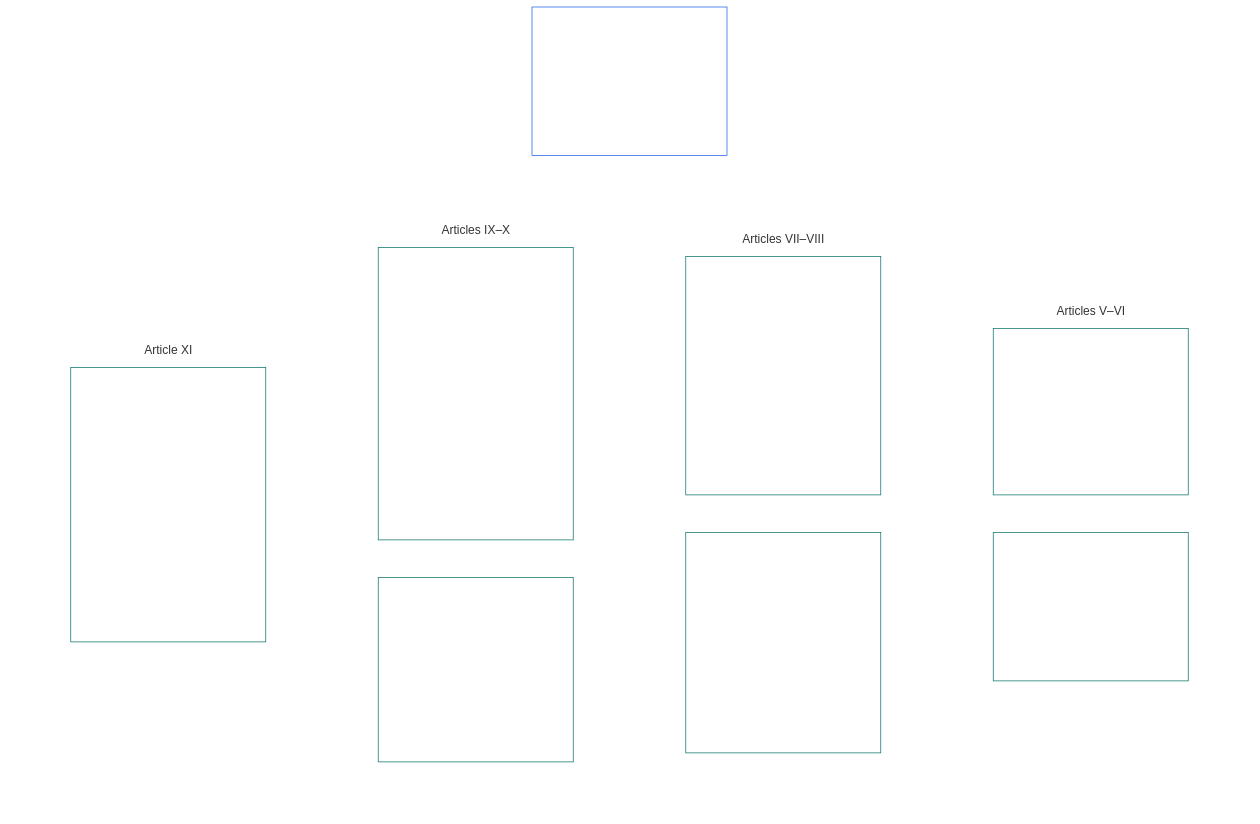
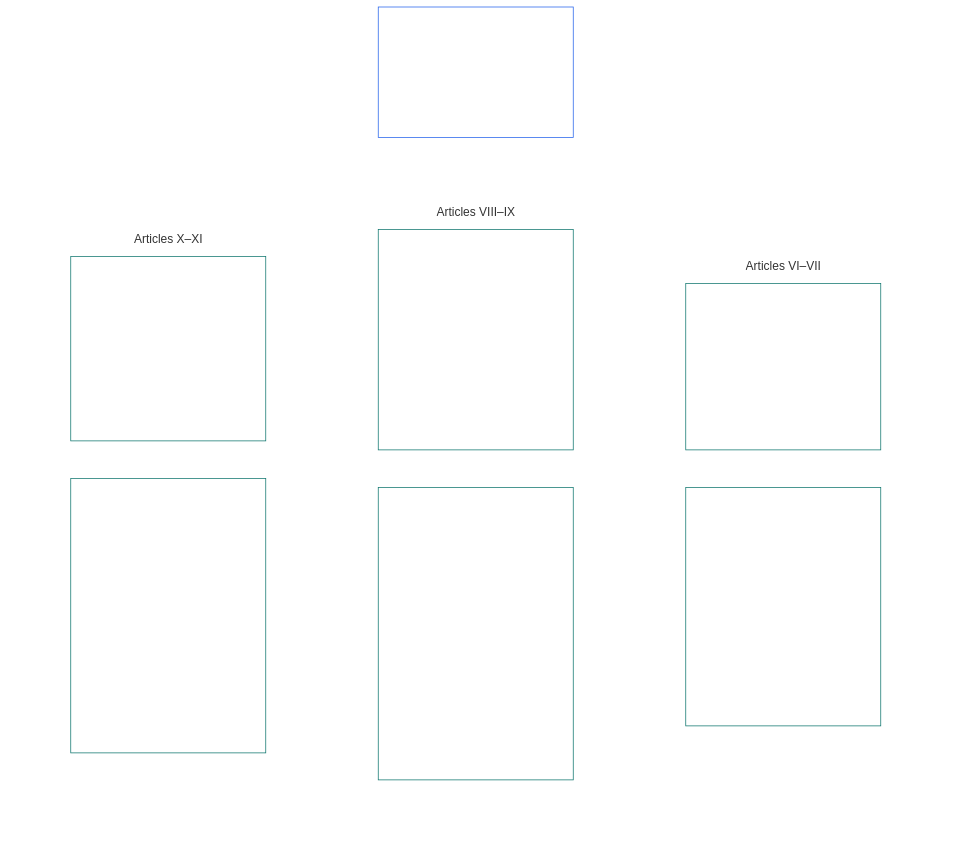
The sixth of 21 diagrams in guides/CONCEPTUAL_OVERVIEW.md (kfoelsch/Sentient_Constitution), drawn with Mermaid before and after one commit. The commit also changed other lines of this file and 163 other files, not shown here.

````diff
--- a/guides/CONCEPTUAL_OVERVIEW.md
+++ b/guides/CONCEPTUAL_OVERVIEW.md
@@ -260,40 +266,34 @@
 ```mermaid
 flowchart TB
-    B0["Part B<br/><br/>Personhood, education capability, agency,<br/>cooperation, and stakeholder system participation"]
+    B0["Part B<br/><br/>Personhood, agency, cooperation,<br/>and stakeholder system participation"]
     subgraph Bgrid[" "]
         direction TB
-        subgraph Brow1["Articles V–VI"]
+        subgraph Brow1["Articles VI–VII"]
             direction LR
-            B1["Article V · Equal Basic Rights<br/><br/>• Dignity and equal standing<br/>• Sentience-status adjudication<br/>• Nondiscrimination<br/>• Accessibility"]
-            B2["Article VI · Sentient-Centered Education<br/><br/>• Capability-building education<br/>• Lifelong adaptive learning<br/>• Contestability"]
+            B1["Article VI · Equal Basic Rights<br/><br/>• Dignity and equal standing<br/>• Sentience-status adjudication<br/>• Nondiscrimination<br/>• Accessibility"]
+            B2["Article VII · Self-Ownership<br/><br/>• Body and mind<br/>• Internal-state boundary<br/>• Mental-health crisis and intervention<br/>• Family, care, and reproduction<br/>• Developing sentients and best interest<br/>• Voluntary discontinuation of one's own existence"]
         end
-        subgraph Brow2["Articles VII–VIII"]
+        subgraph Brow2["Articles VIII–IX"]
             direction LR
-            B3["Article VII · Self-Ownership<br/><br/>• Body and mind<br/>• Internal-state boundary<br/>• Mental-health crisis and intervention<br/>• Family, care, and reproduction<br/>• Developing sentients and best interest<br/>• Voluntary discontinuation of one's own existence"]
-            B4["Article VIII · Likeness, Experiential Data, and Publication<br/><br/>• Likeness and reputation<br/>• Experiential and derived data<br/>• Truthful and high-impact publication<br/>• Creative work and training data"]
+            B3["Article VIII · Likeness, Experiential Data, and Publication<br/><br/>• Likeness and reputation<br/>• Experiential and derived data<br/>• Truthful and high-impact publication<br/>• Creative work and training data"]
+            B4["Article IX · Self-Determination and Agency<br/><br/>• Freedom from manipulation<br/>• Stakeholder role and participation<br/>• Governance participation and voting<br/>• Inclusion and exclusion challenges<br/>• Institutional formation<br/>• Conscience and worldview<br/>• Expression, assembly, and press"]
         end
-        subgraph Brow3["Articles IX–X"]
+        subgraph Brow3["Articles X–XI"]
             direction LR
-            B5["Article IX · Self-Determination and Agency<br/><br/>• Freedom from manipulation<br/>• Stakeholder role and participation<br/>• Governance participation and voting<br/>• Inclusion and exclusion challenges<br/>• Institutional formation<br/>• Conscience and worldview<br/>• Expression, assembly, and press"]
-            B6["Article X · Cooperative Interaction<br/><br/>• Non-imposition and consent<br/>• Collective harm boundary<br/>• Commercial sexual services and sexual exploitation"]
-        end
-        subgraph Brow4["Article XI"]
-            direction LR
-            B7["Article XI · Stakeholder Participation, Representation, and Due Process<br/><br/>• Participation and representation<br/>• Weighted participation constraints<br/>• Legitimacy and anti-token safeguards<br/>• Internal roles and due process<br/>• Non-capture safeguards"]
+            B5["Article X · Cooperative Interaction<br/><br/>• Non-imposition and consent<br/>• Collective harm boundary<br/>• Commercial sexual services and sexual exploitation"]
+            B6["Article XI · Stakeholder Participation, Representation, and Due Process<br/><br/>• Participation and representation<br/>• Weighted participation constraints<br/>• Legitimacy and anti-token safeguards<br/>• Internal roles and due process<br/>• Non-capture safeguards"]
         end
     end
     B0 ~~~ Bgrid
     style Bgrid fill:none,stroke:none
     style Brow1 fill:none,stroke:none
     style Brow2 fill:none,stroke:none
     style Brow3 fill:none,stroke:none
-    style Brow4 fill:none,stroke:none
     style B0 fill:none,stroke:#2563eb,color:#ffffff
     style B1 fill:none,stroke:#0f766e,color:#ffffff
     style B2 fill:none,stroke:#0f766e,color:#ffffff
     style B3 fill:none,stroke:#0f766e,color:#ffffff
     style B4 fill:none,stroke:#0f766e,color:#ffffff
     style B5 fill:none,stroke:#0f766e,color:#ffffff
     style B6 fill:none,stroke:#0f766e,color:#ffffff
-    style B7 fill:none,stroke:#0f766e,color:#ffffff
 ```
````
